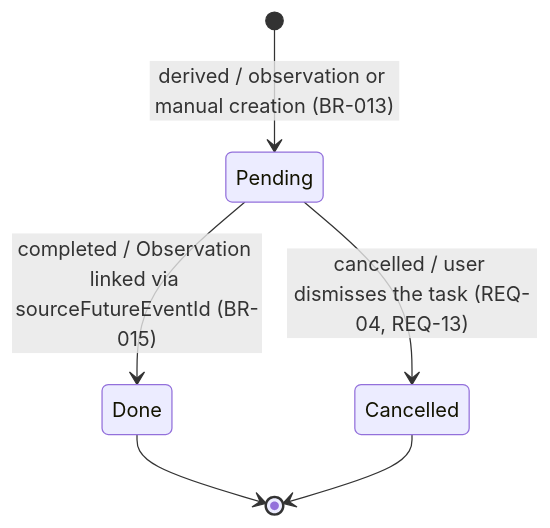
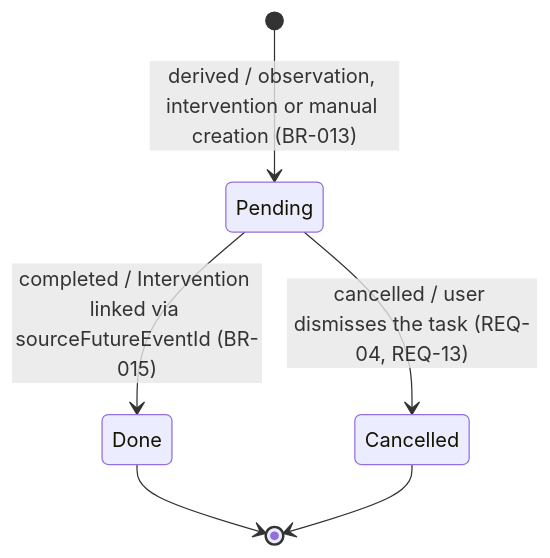
The diagram in docs/domain-model/object-model/planned-task-state-diagram.md (lyndametref/geep), drawn with Mermaid before and after one commit. The commit also changed 5 other files, not shown here.

````diff
--- a/docs/domain-model/object-model/planned-task-state-diagram.md
+++ b/docs/domain-model/object-model/planned-task-state-diagram.md
@@ -25,8 +25,8 @@
 ```mermaid
 stateDiagram-v2
-    [*] --> Pending : derived / observation or manual creation (BR-013)
-    Pending --> Done : completed / Observation linked via sourceFutureEventId (BR-015)
+    [*] --> Pending : derived / observation, intervention or manual creation (BR-013)
+    Pending --> Done : completed / Intervention linked via sourceFutureEventId (BR-015)
     Pending --> Cancelled : cancelled / user dismisses the task (REQ-04, REQ-13)
     Done --> [*]
     Cancelled --> [*]
 ```
````
